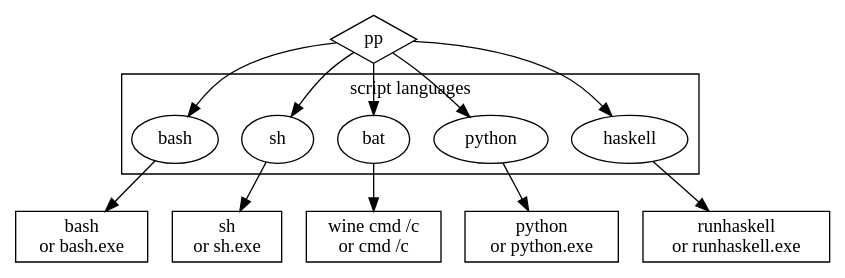
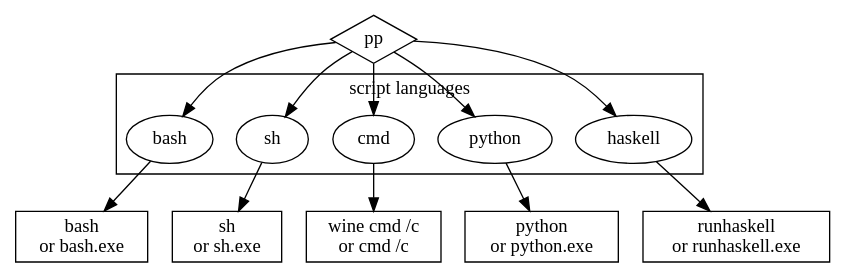
The diagram in doc/img/pp-scripts.gv (CDSoft/pp), drawn with Graphviz before and after one commit. The commit also changed 4 other files, not shown here.

```diff
--- a/doc/img/pp-scripts.gv
+++ b/doc/img/pp-scripts.gv
@@ -1,24 +1,24 @@
 
 
 digraph {
 
     subgraph cluster_cmd {
         label = "script languages"
-        bash sh bat python haskell
+        bash sh cmd python haskell
     }
 
     PP [shape=diamond label="pp"]
-    bash sh bat python haskell
+    bash sh cmd python haskell
     Bash [shape=box label="bash\nor bash.exe"]
     Sh [shape=box label="sh\nor sh.exe"]
-    Bat [shape=box label="wine cmd /c\nor cmd /c"]
+    Cmd [shape=box label="wine cmd /c\nor cmd /c"]
     Python [shape=box label="python\nor python.exe"]
     Haskell [shape=box label="runhaskell\nor runhaskell.exe"]
 
-    PP -> {bash sh bat python haskell}
+    PP -> {bash sh cmd python haskell}
     bash -> Bash
     sh -> Sh
-    bat -> Bat
+    cmd -> Cmd
     python -> Python
     haskell -> Haskell
 }
```
